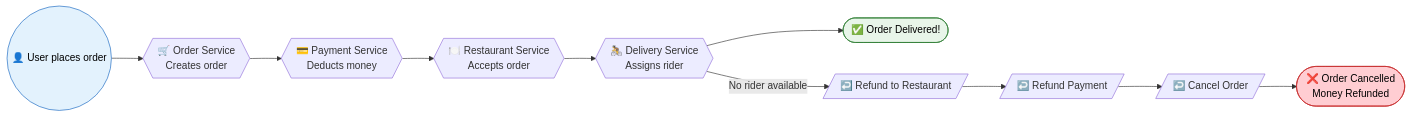
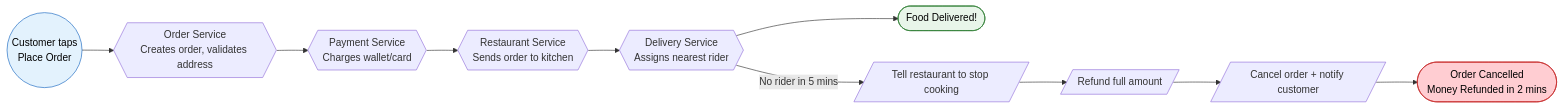
Before and after one commit to saivamsikaruturi/vamsilabs-dev-notes-main: the seventh of 7 diagrams in docs/microservices/SagaDesignPattern.md, drawn with Mermaid. The commit also changed other lines of this file and 21 other files, not shown here.

````diff
--- a/docs/microservices/SagaDesignPattern.md
+++ b/docs/microservices/SagaDesignPattern.md
@@ -212,17 +1377,17 @@
 ```mermaid
 flowchart LR
-    U(("👤 User places order")) --> OS{{"🛒 Order Service<br/>Creates order"}}
-    OS --> PS{{"💳 Payment Service<br/>Deducts money"}}
-    PS --> RS{{"🍽️ Restaurant Service<br/>Accepts order"}}
-    RS --> DS{{"🚴 Delivery Service<br/>Assigns rider"}}
-    DS --> Done(["✅ Order Delivered!"])
+    U(("Customer taps<br/>Place Order")) --> OS{{"Order Service<br/>Creates order, validates address"}}
+    OS --> PS{{"Payment Service<br/>Charges wallet/card"}}
+    PS --> RS{{"Restaurant Service<br/>Sends order to kitchen"}}
+    RS --> DS{{"Delivery Service<br/>Assigns nearest rider"}}
+    DS --> Done(["Food Delivered!"])
     
-    DS -->|"No rider available"| C1[/"↩️ Refund to Restaurant"/]
-    C1 --> C2[/"↩️ Refund Payment"/]
-    C2 --> C3[/"↩️ Cancel Order"/]
-    C3 --> Failed(["❌ Order Cancelled<br/>Money Refunded"])
+    DS -->|"No rider in 5 mins"| C1[/"Tell restaurant to stop cooking"/]
+    C1 --> C2[/"Refund full amount"/]
+    C2 --> C3[/"Cancel order + notify customer"/]
+    C3 --> Failed(["Order Cancelled<br/>Money Refunded in 2 mins"])
 
     style Done fill:#E8F5E9,stroke:#2E7D32,color:#000
     style Failed fill:#FFCDD2,stroke:#C62828,color:#000
     style U fill:#E3F2FD,stroke:#1565C0,color:#000
 ```
````
